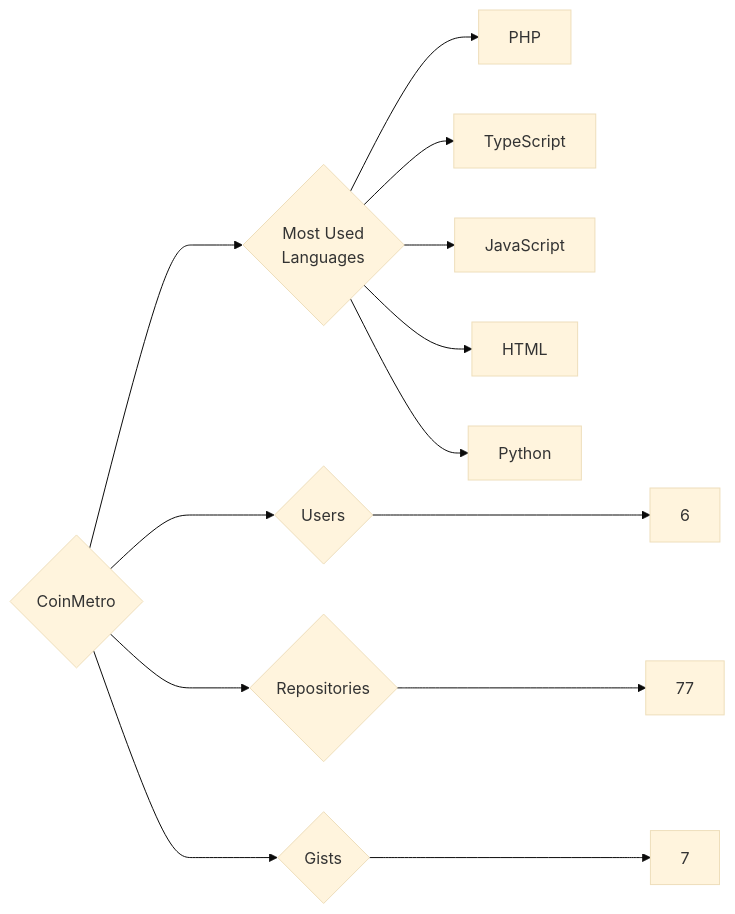
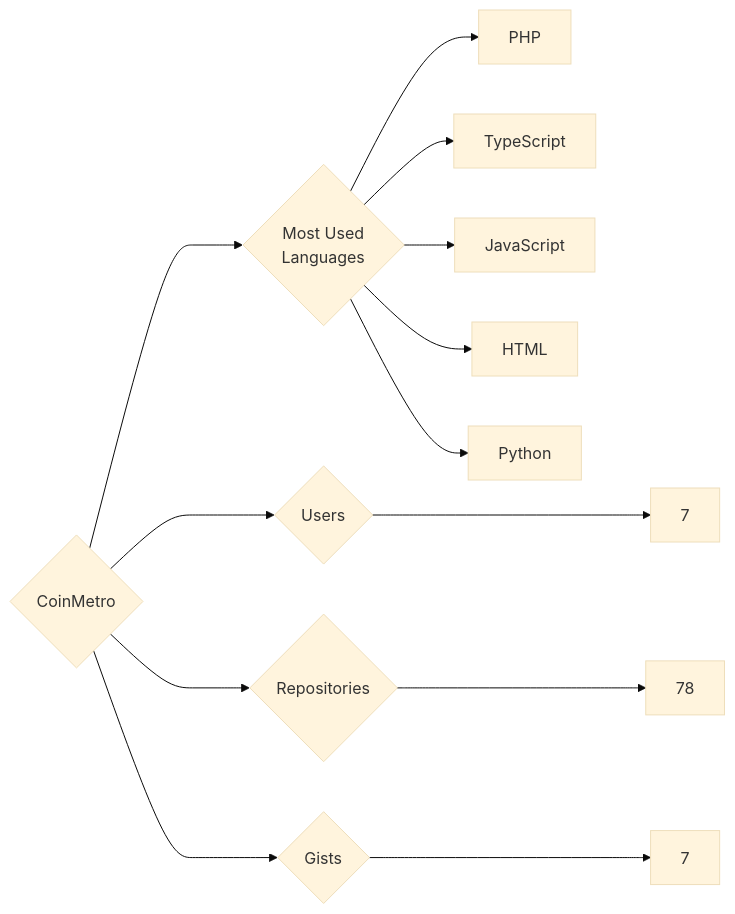
Before and after one commit to trickest/insiders: the diagram in targets/CoinMetro/README.md, drawn with Mermaid (base theme). The commit also changed 1149 other files, not shown here.

````diff
--- a/targets/CoinMetro/README.md
+++ b/targets/CoinMetro/README.md
@@ -3,13 +3,13 @@
 ```mermaid
 graph LR
 COMPANY_NAME{CoinMetro}
-COMPANY_NAME ---> U{Users} ---> UN[6]
-COMPANY_NAME ---> R{Repositories} ---> RN[77]
+COMPANY_NAME ---> U{Users} ---> UN[7]
+COMPANY_NAME ---> R{Repositories} ---> RN[78]
 COMPANY_NAME ---> G{Gists} ---> GN[7]
 COMPANY_NAME ---> ML{Most Used<br>Languages}
 ML --> PHP[PHP]
 ML --> TypeScript[TypeScript]
 ML --> JavaScript[JavaScript]
 ML --> HTML[HTML]
 ML --> Python[Python]
 ```
````
